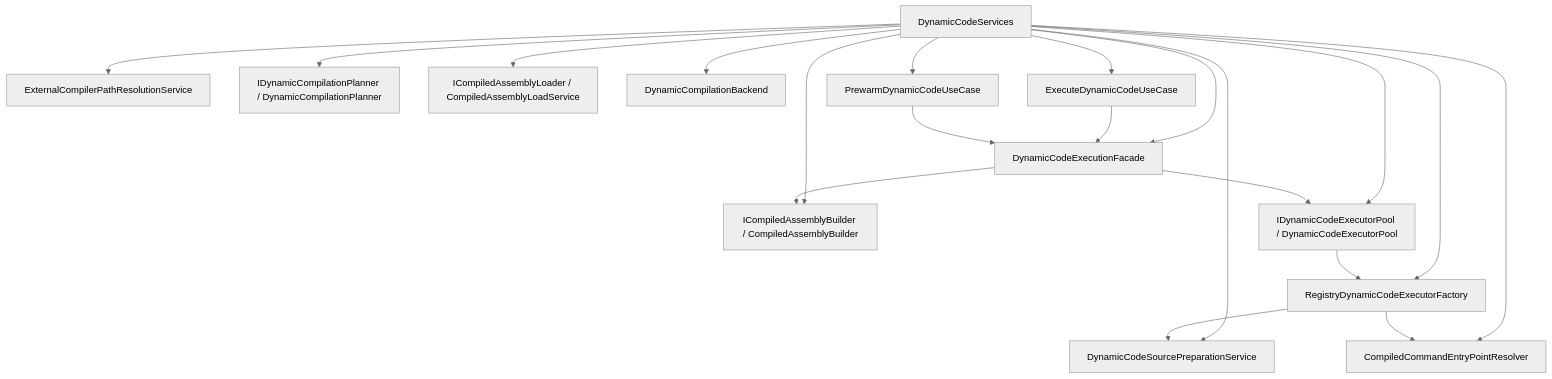
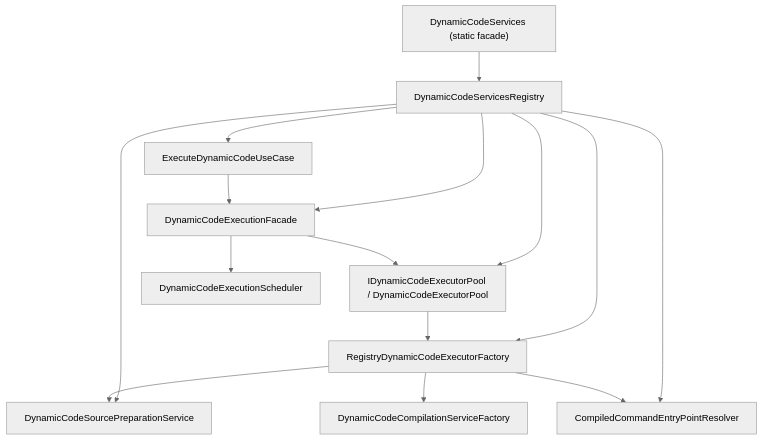
Before and after one commit to hatayama/unity-cli-loop: the second of 2 diagrams in docs/architecture/execute-dynamic-code-rebuild.md, drawn with Mermaid (neutral theme). The commit also changed other lines of this file, not shown here.

````diff
--- a/docs/architecture/execute-dynamic-code-rebuild.md
+++ b/docs/architecture/execute-dynamic-code-rebuild.md
@@ -116,37 +129,29 @@
 ```mermaid
 flowchart TD
-    Services["DynamicCodeServices"]
+    Static["DynamicCodeServices (static facade)"]
+    Services["DynamicCodeServicesRegistry"]
     SourcePrepSvc["DynamicCodeSourcePreparationService"]
-    PathSvc["ExternalCompilerPathResolutionService"]
-    Planner["IDynamicCompilationPlanner / DynamicCompilationPlanner"]
-    Builder["ICompiledAssemblyBuilder / CompiledAssemblyBuilder"]
-    LoadSvc["ICompiledAssemblyLoader / CompiledAssemblyLoadService"]
-    Backend["DynamicCompilationBackend"]
     EntryResolver["CompiledCommandEntryPointResolver"]
+    CompilerFactory["DynamicCodeCompilationServiceFactory"]
     Provider["RegistryDynamicCodeExecutorFactory"]
     ExecutorPool["IDynamicCodeExecutorPool / DynamicCodeExecutorPool"]
     RuntimeFacade["DynamicCodeExecutionFacade"]
+    Scheduler["DynamicCodeExecutionScheduler"]
     ExecuteUseCase["ExecuteDynamicCodeUseCase"]
-    PrewarmUseCase["PrewarmDynamicCodeUseCase"]
 
+    Static --> Services
     Services --> SourcePrepSvc
-    Services --> PathSvc
-    Services --> Planner
-    Services --> Builder
-    Services --> LoadSvc
-    Services --> Backend
     Services --> EntryResolver
     Services --> Provider
     Services --> ExecutorPool
     Services --> RuntimeFacade
     Services --> ExecuteUseCase
-    Services --> PrewarmUseCase
 
+    Provider --> CompilerFactory
     Provider --> SourcePrepSvc
     Provider --> EntryResolver
     ExecutorPool --> Provider
     RuntimeFacade --> ExecutorPool
-    RuntimeFacade --> Builder
+    RuntimeFacade --> Scheduler
     ExecuteUseCase --> RuntimeFacade
-    PrewarmUseCase --> RuntimeFacade
 ```
````
